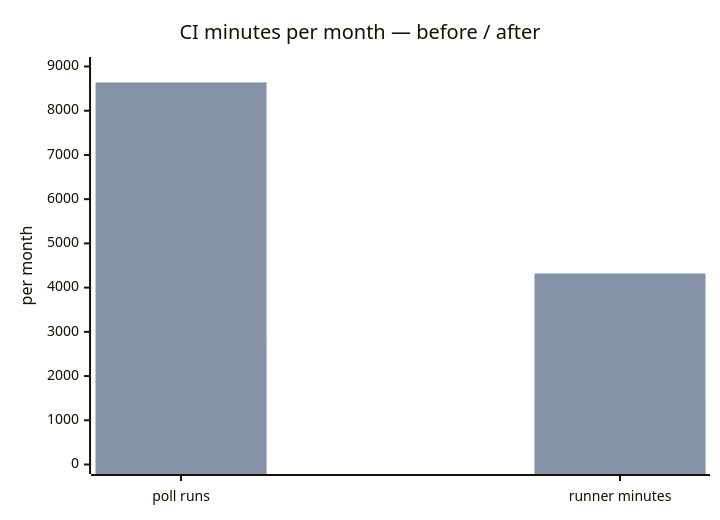
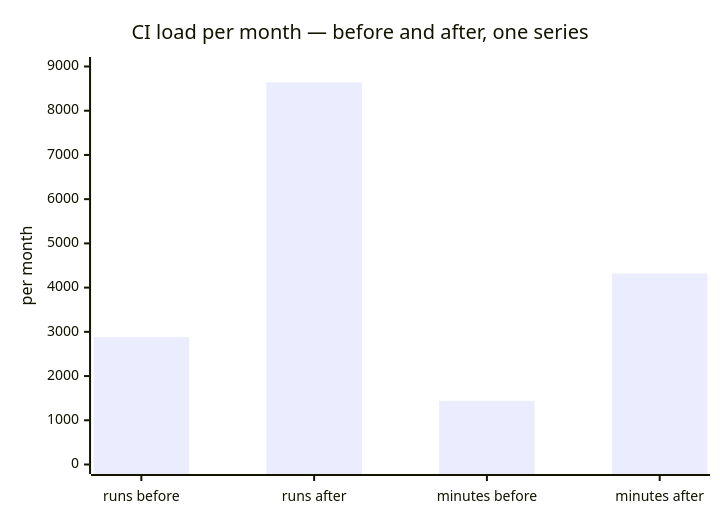
The first of 2 diagrams in docs/ECONOMICS.md (zheref/hatsu), drawn with Mermaid before and after one commit. The commit also changed other lines of this file and 35 other files, not shown here.

````diff
--- a/docs/ECONOMICS.md
+++ b/docs/ECONOMICS.md
@@ -95,8 +115,7 @@
 ```mermaid
 xychart-beta
-    title "CI minutes per month — before / after"
-    x-axis ["poll runs", "runner minutes"]
+    title "CI load per month — before and after, one series"
+    x-axis ["runs before", "runs after", "minutes before", "minutes after"]
     y-axis "per month" 0 --> 9000
-    bar [2880, 1440]
-    bar [8640, 4320]
+    bar [2880, 8640, 1440, 4320]
 ```
````
